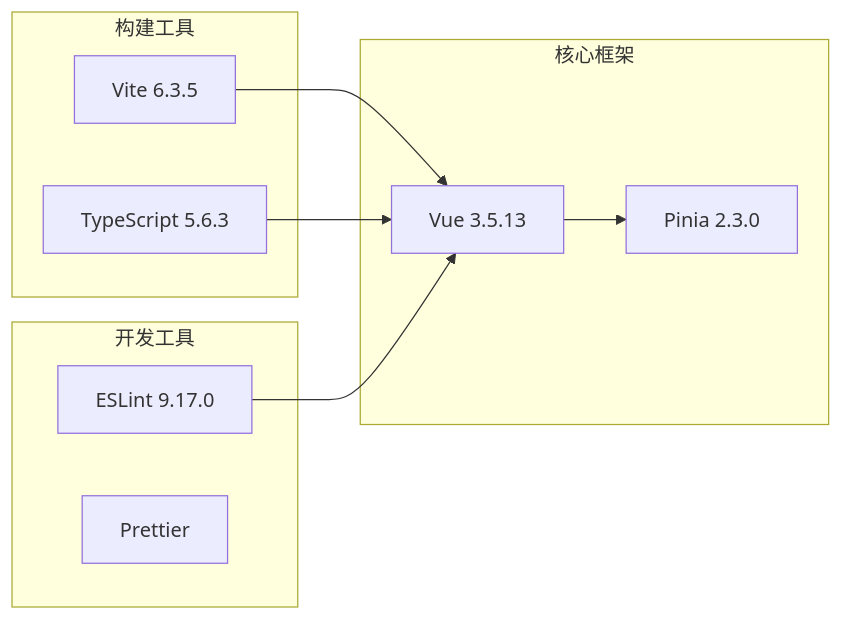
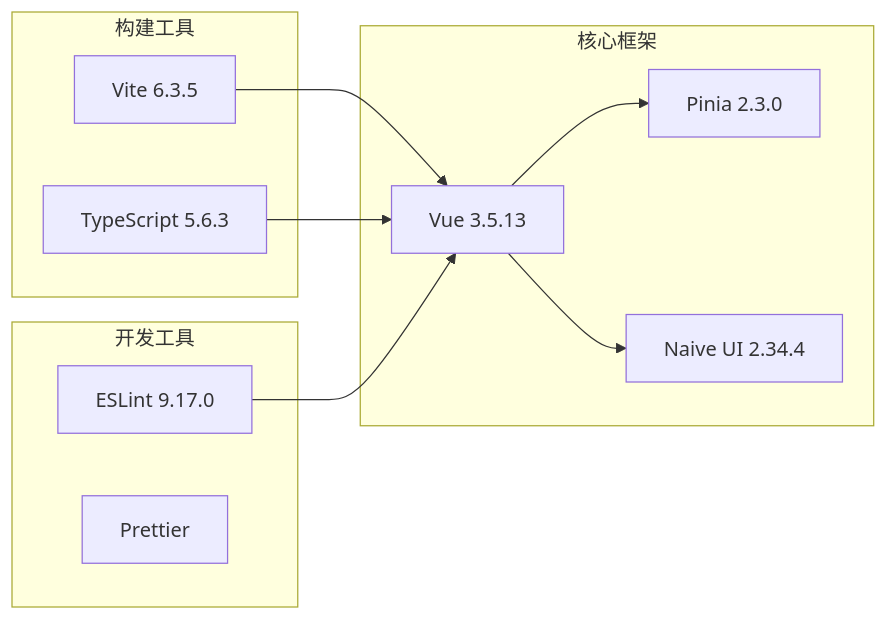
One commit to itsharex/NexTunnel changed diagram 12 of 24 in .qoder/repowiki/zh/content/架构设计/桌面端架构设计/前端架构设计/Vue组件系统架构.md. Above: the diagram before and after it, drawn with Mermaid. The commit also changed other lines of this file and 41 other files, not shown here.

````diff
--- a/.qoder/repowiki/zh/content/架构设计/桌面端架构设计/前端架构设计/Vue组件系统架构.md
+++ b/.qoder/repowiki/zh/content/架构设计/桌面端架构设计/前端架构设计/Vue组件系统架构.md
@@ -308,19 +362,21 @@
 ```mermaid
 graph LR
 subgraph "核心框架"
 A[Vue 3.5.13]
 B[Pinia 2.3.0]
+C[Naive UI 2.34.4]
 end
 subgraph "构建工具"
-C[Vite 6.3.5]
-D[TypeScript 5.6.3]
+D[Vite 6.3.5]
+E[TypeScript 5.6.3]
 end
 subgraph "开发工具"
-E[ESLint 9.17.0]
-F[Prettier]
+F[ESLint 9.17.0]
+G[Prettier]
 end
 A --> B
-C --> A
+A --> C
 D --> A
 E --> A
+F --> A
 ```
````
